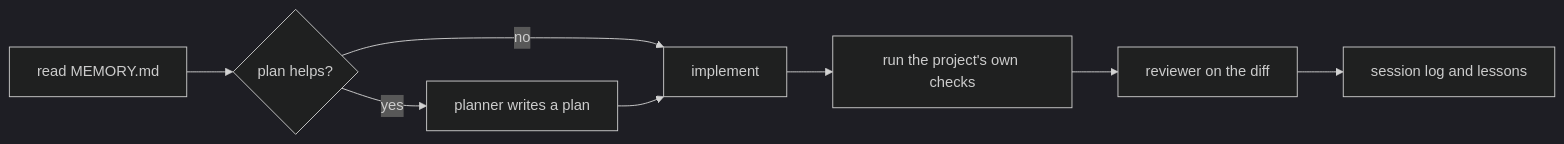
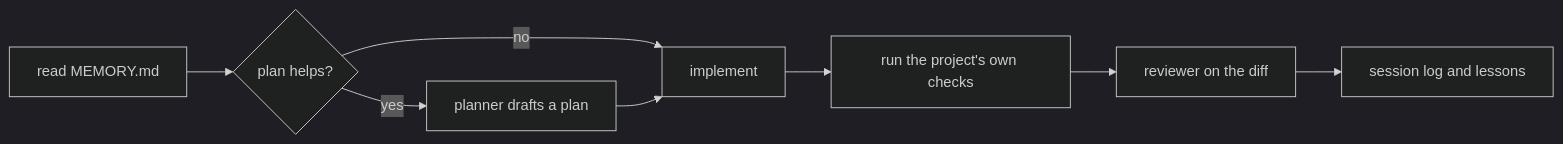
One commit to Ghisso/github_copilot_bootstrap changed the first of 2 diagrams in README.md. Above: the diagram before and after it, drawn with Mermaid (dark theme). The commit also changed other lines of this file and 13 other files, not shown here.

````diff
--- a/README.md
+++ b/README.md
@@ -532,10 +532,10 @@
 ```mermaid
 flowchart LR
     M[read MEMORY.md] --> P{plan helps?}
-    P -->|yes| PL[planner writes a plan]
+    P -->|yes| PL[planner drafts a plan]
     P -->|no| I[implement]
     PL --> I
     I --> V[run the project's own checks]
     V --> R[reviewer on the diff]
     R --> L[session log and lessons]
 ```
````
